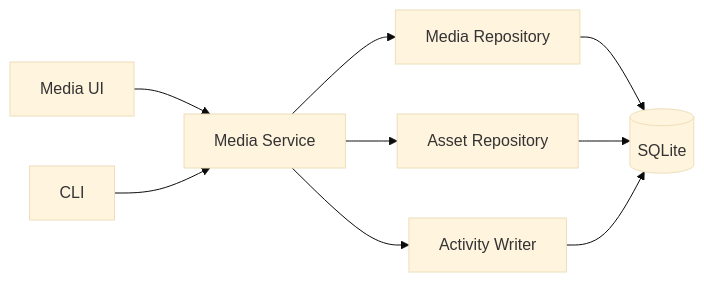
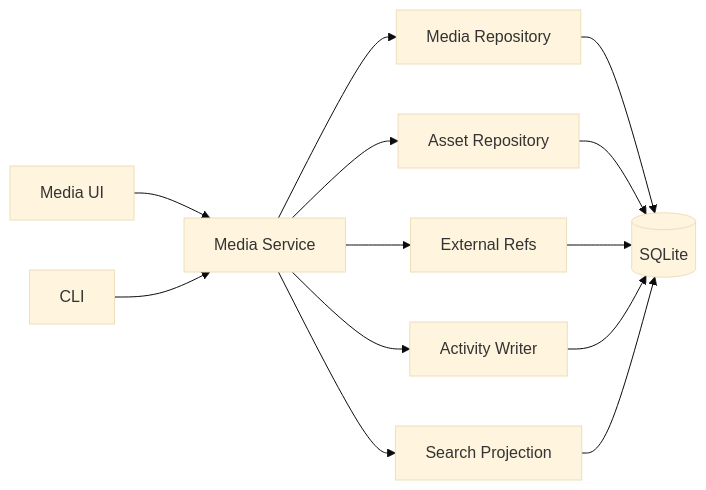
Before and after one commit to dyxnb22/AssetMesh: the diagram in docs/06-module-system.md, drawn with Mermaid (base theme). The commit also changed other lines of this file, not shown here.

Commit message:
docs: define module versioning and search responsibilities

````diff
--- a/docs/06-module-system.md
+++ b/docs/06-module-system.md
@@ -36,11 +43,15 @@
 ```mermaid
 flowchart LR
   UI[Media UI] --> MS[Media Service]
   CLI[CLI] --> MS
   MS --> AR[Asset Repository]
   MS --> MR[Media Repository]
+  MS --> EXT[External Refs]
   MS --> ACT[Activity Writer]
+  MS --> SEARCH[Search Projection]
   MR --> DB[(SQLite)]
   AR --> DB
+  EXT --> DB
   ACT --> DB
+  SEARCH --> DB
 ```
````
